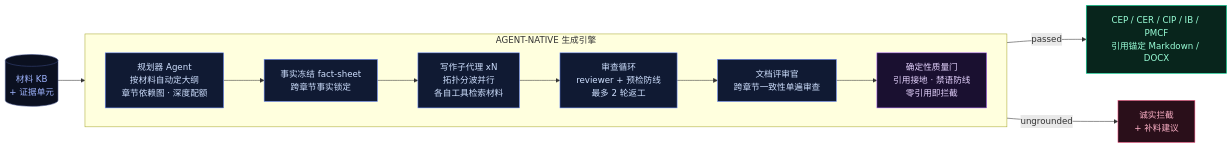
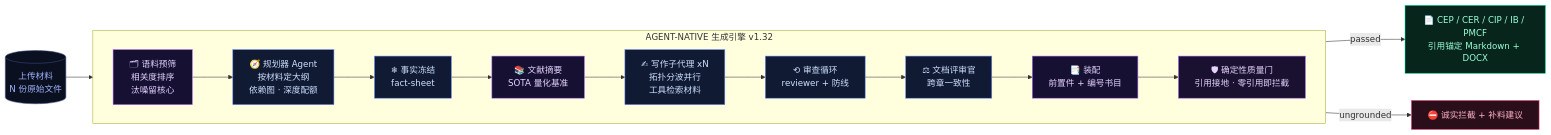
Before and after one commit to hanxiaoyu-cmd/medeval-showcase: the first of 2 diagrams in README.md, drawn with Mermaid. The commit also changed other lines of this file, not shown here.

First line of the commit message:
v1.32 — AGENT-NATIVE 2.0: source curation, literature synthesis, front matter

````diff
--- a/README.md
+++ b/README.md
@@ -40,25 +59,26 @@
 ```mermaid
 flowchart LR
-    M[(材料 KB<br/>+ 证据单元)]:::src
-    M --> PL
-
-    subgraph ENGINE [AGENT-NATIVE 生成引擎]
+    UP[(上传材料<br/>N 份原始文件)]:::src --> CU
+    subgraph ENGINE [AGENT-NATIVE 生成引擎 v1.32]
         direction LR
-        PL[规划器 Agent<br/>按材料自动定大纲<br/>章节依赖图 · 深度配额]:::ag
-        FS[事实冻结 fact-sheet<br/>跨章节事实锁定]:::ag
-        W[写作子代理 xN<br/>拓扑分波并行<br/>各自工具检索材料]:::ag
-        R[审查循环<br/>reviewer + 预检防线<br/>最多 2 轮返工]:::ag
-        CR[文档评审官<br/>跨章节一致性单遍审查]:::ag
-        G[确定性质量门<br/>引用接地 · 禁语防线<br/>零引用即拦截]:::gate
-        PL --> FS --> W --> R --> CR --> G
+        CU[🗂 语料预筛<br/>相关度排序<br/>汰噪留核心]:::new
+        PL[🧭 规划器 Agent<br/>按材料定大纲<br/>依赖图 · 深度配额]:::ag
+        FS[❄ 事实冻结<br/>fact-sheet]:::ag
+        LT[📚 文献摘要<br/>SOTA 量化基准]:::new
+        W[✍ 写作子代理 xN<br/>拓扑分波并行<br/>工具检索材料]:::ag
+        R[⟲ 审查循环<br/>reviewer + 防线]:::ag
+        CR[⚖ 文档评审官<br/>跨章一致性]:::ag
+        AS[📑 装配<br/>前置件 + 编号书目]:::new
+        G[🛡 确定性质量门<br/>引用接地 · 零引用即拦截]:::gate
+        CU --> PL --> FS --> LT --> W --> R --> CR --> AS --> G
     end
-
-    G -->|passed| DOC[CEP / CER / CIP / IB / PMCF<br/>引用锚定 Markdown / DOCX]:::out
-    G -->|ungrounded| BLK[诚实拦截<br/>+ 补料建议]:::blk
+    G -->|passed| DOC[📄 CEP / CER / CIP / IB / PMCF<br/>引用锚定 Markdown + DOCX]:::out
+    G -->|ungrounded| BLK[⛔ 诚实拦截 + 补料建议]:::blk
 
     classDef src fill:#0b1020,stroke:#3a4a80,color:#9fb4ff
     classDef ag fill:#101a33,stroke:#6c8cff,color:#cfe0ff
+    classDef new fill:#161033,stroke:#b06cff,color:#e6d4ff
     classDef gate fill:#1a1030,stroke:#b06cff,color:#e6d4ff
     classDef out fill:#08251c,stroke:#00e5a0,color:#9affd8
     classDef blk fill:#2a0f1a,stroke:#ff5c8a,color:#ffb3c9
 ```
````
